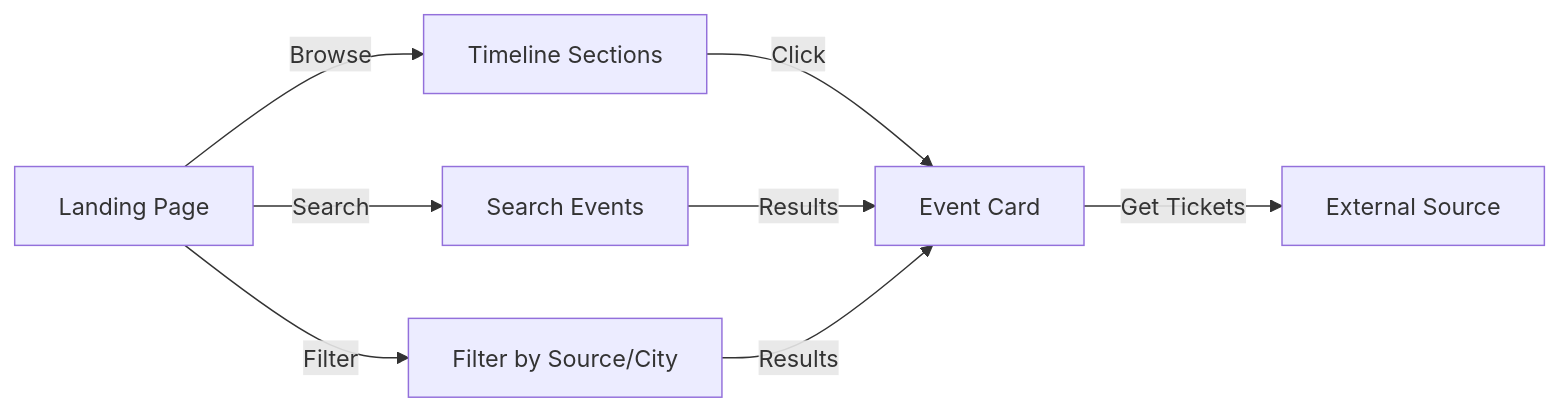
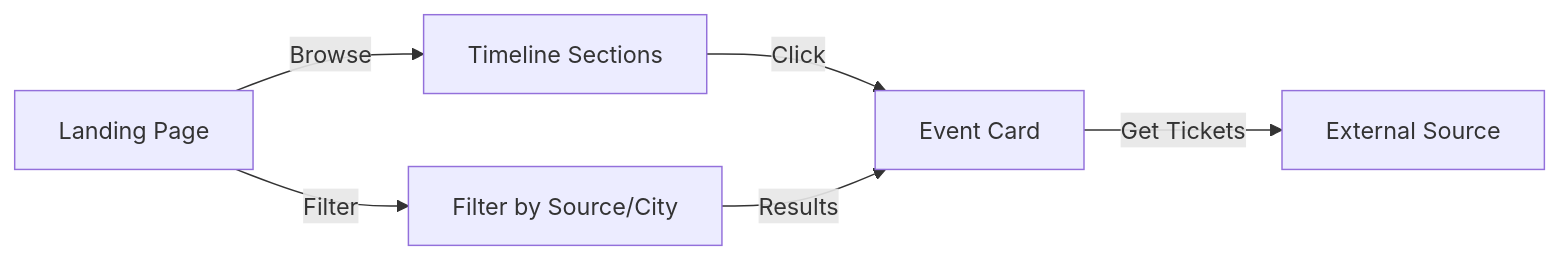
One commit to bharatbhusal/weekends-plan changed the second of 3 diagrams in docs/user-journey.md. Above: the diagram before and after it, drawn with Mermaid. The commit also changed other lines of this file and 10 other files, not shown here.

````diff
--- a/docs/user-journey.md
+++ b/docs/user-journey.md
@@ -51,10 +47,8 @@
 ```mermaid
 flowchart LR
     LAND[Landing Page] -->|Browse| SECTION[Timeline Sections]
-    LAND -->|Search| SEARCH[Search Events]
     LAND -->|Filter| FILTER[Filter by Source/City]
     SECTION -->|Click| CARD[Event Card]
-    SEARCH -->|Results| CARD
     FILTER -->|Results| CARD
     CARD -->|"Get Tickets"| EXT[External Source]
 ```
````
